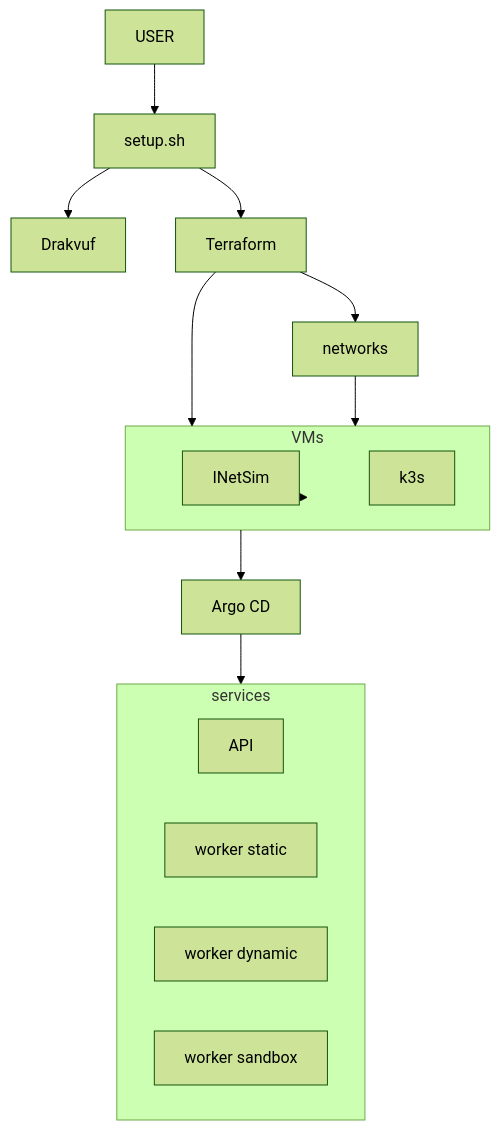
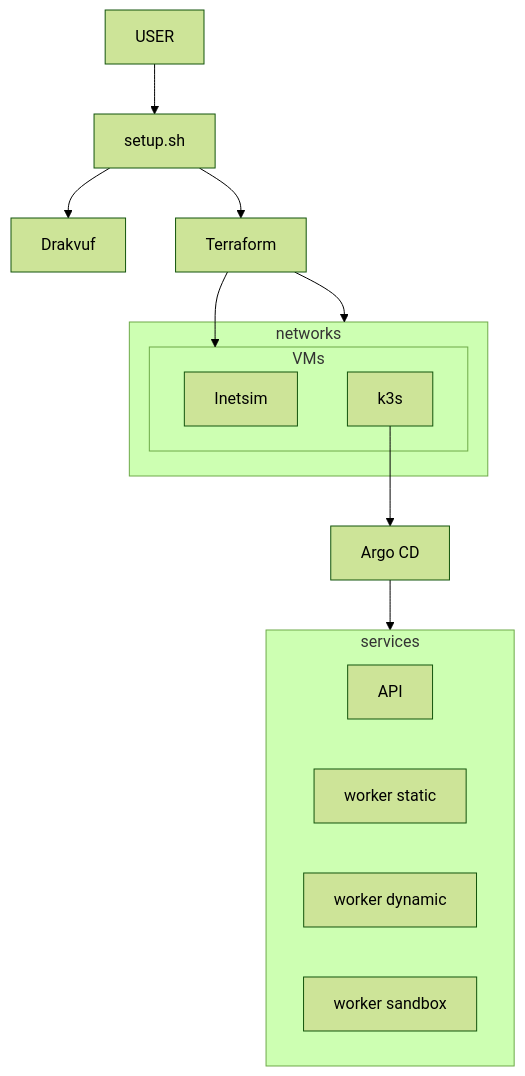
One commit to na-teag/PFE changed the third of 3 diagrams in docs/ARCHITECTURE.md. Above: the diagram before and after it, drawn with Mermaid (forest theme). The commit also changed other lines of this file, not shown here.

Commit message:
docs: architecture

````diff
--- a/docs/ARCHITECTURE.md
+++ b/docs/ARCHITECTURE.md
@@ -51,27 +51,27 @@
 ```mermaid
 flowchart TD 
     USER --> setup[setup.sh]
     setup --> Drakvuf
     setup --> Terraform
-    Terraform --> A[networks]
     Terraform --> VMs
-    subgraph VMs
-        Inetsim
-        k3s
+    Terraform --> networks
+    subgraph networks
+        subgraph VMs
+            Inetsim
+            k3s
+        end
     end
-    A --> VMs
-    VMs --> Argocd[Argo CD]
-    VMs --> Inetsim[INetSim]
+    k3s --> Argocd[Argo CD]
     subgraph services
         API
         worker1[worker static]
         worker2[worker dynamic]
         worker3[worker sandbox]
     end
     Argocd --> services
     
     click Drakvuf "https://drakvuf.com/" "Drakvuf" _blank
     click Terraform "https://.terraform.io/" "Terraform" _blank
     click Argocd "https://argo-cd.readthedocs.io" "Argo CD" _blank
     click Inetsim "https://inetsim.org/" "INetSim" _blank
 ```
````
